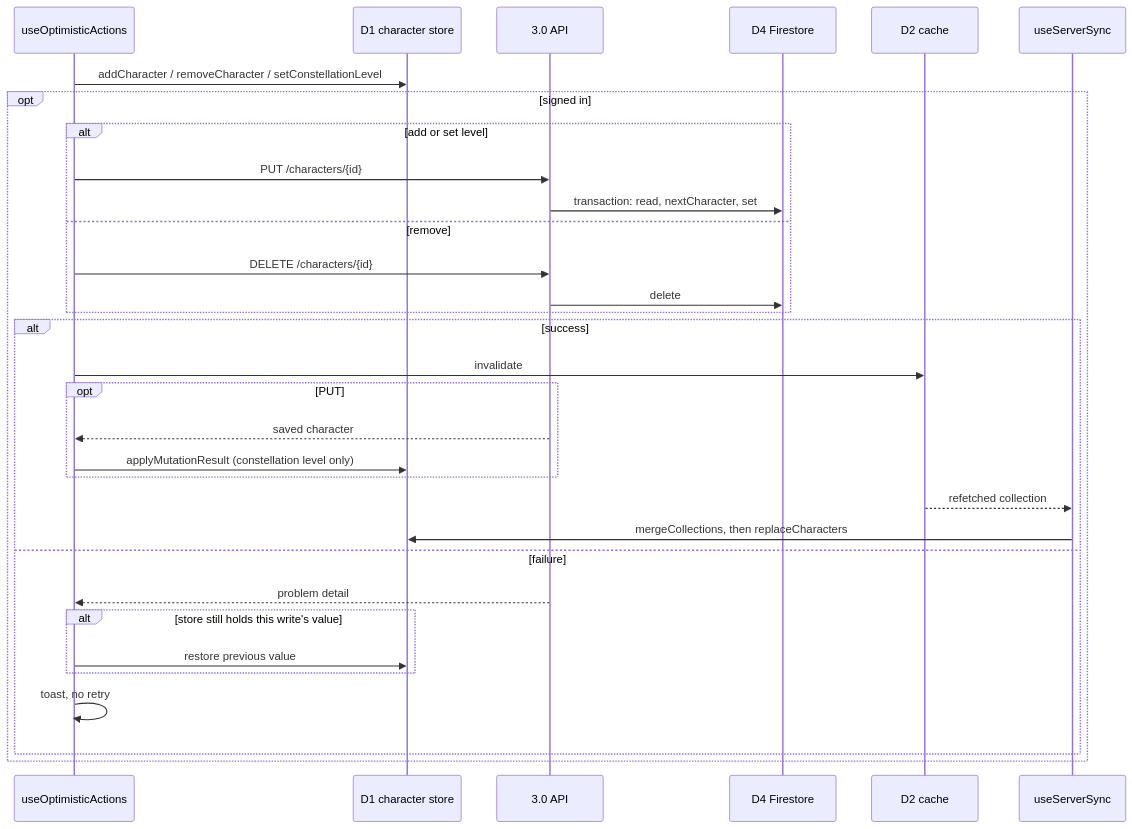
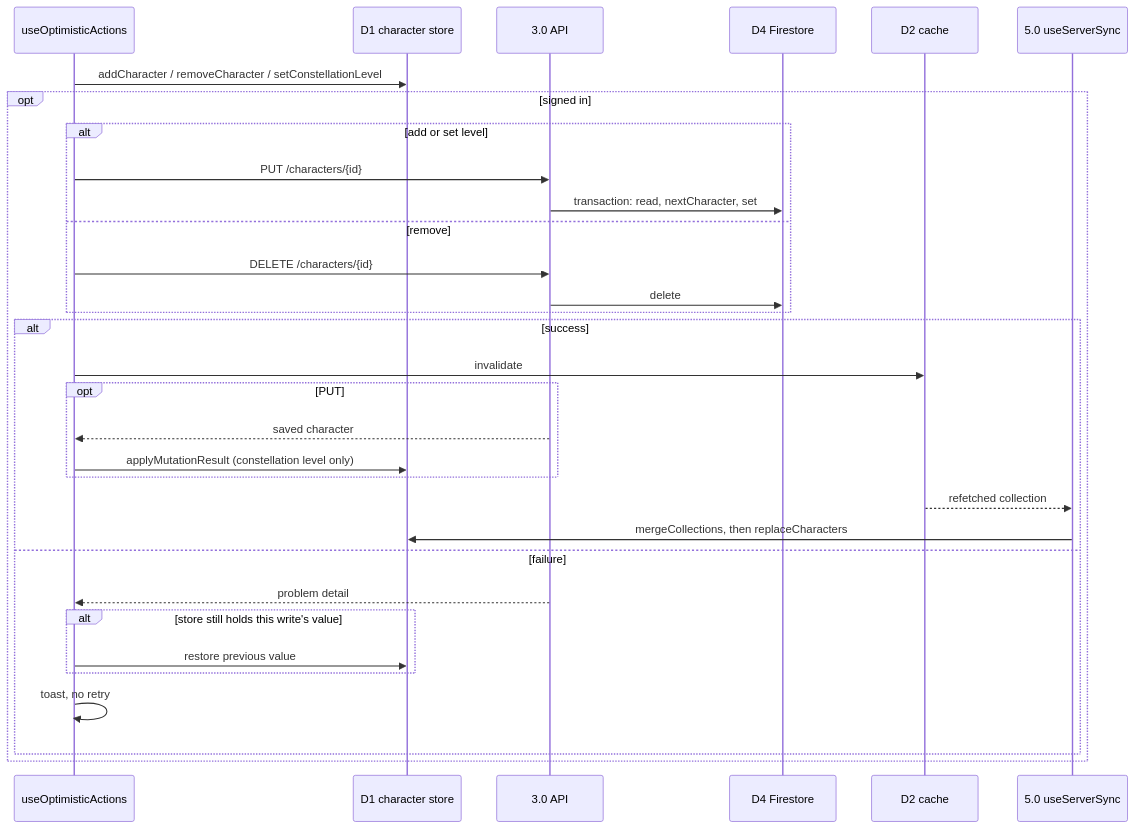
One commit to dungeon-studio/genshin.dungeon.studio changed the third of 6 diagrams in docs/explanation/understanding-data-flow.md. Above: the diagram before and after it, drawn with Mermaid. The commit also changed other lines of this file and 1 other file, not shown here.

First line of the commit message:
docs: refactor the data flow doc for one name per idea

````diff
--- a/docs/explanation/understanding-data-flow.md
+++ b/docs/explanation/understanding-data-flow.md
@@ -159,35 +157,35 @@
 ```mermaid
 sequenceDiagram
   participant Hook as useOptimisticActions
   participant Store as D1 character store
   participant API as 3.0 API
   participant FS as D4 Firestore
   participant Cache as D2 cache
-  participant Bridge as useServerSync
+  participant Reconcile as 5.0 useServerSync
 
   Hook->>Store: addCharacter / removeCharacter / setConstellationLevel
   opt signed in
     alt add or set level
       Hook->>API: PUT /characters/{id}
       API->>FS: transaction: read, nextCharacter, set
     else remove
       Hook->>API: DELETE /characters/{id}
       API->>FS: delete
     end
     alt success
       Hook->>Cache: invalidate
       opt PUT
         API-->>Hook: saved character
         Hook->>Store: applyMutationResult (constellation level only)
       end
-      Cache-->>Bridge: refetched collection
-      Bridge->>Store: mergeCollections, then replaceCharacters
+      Cache-->>Reconcile: refetched collection
+      Reconcile->>Store: mergeCollections, then replaceCharacters
     else failure
       API-->>Hook: problem detail
       alt store still holds this write's value
         Hook->>Store: restore previous value
       end
       Hook->>Hook: toast, no retry
     end
   end
 ```
````
